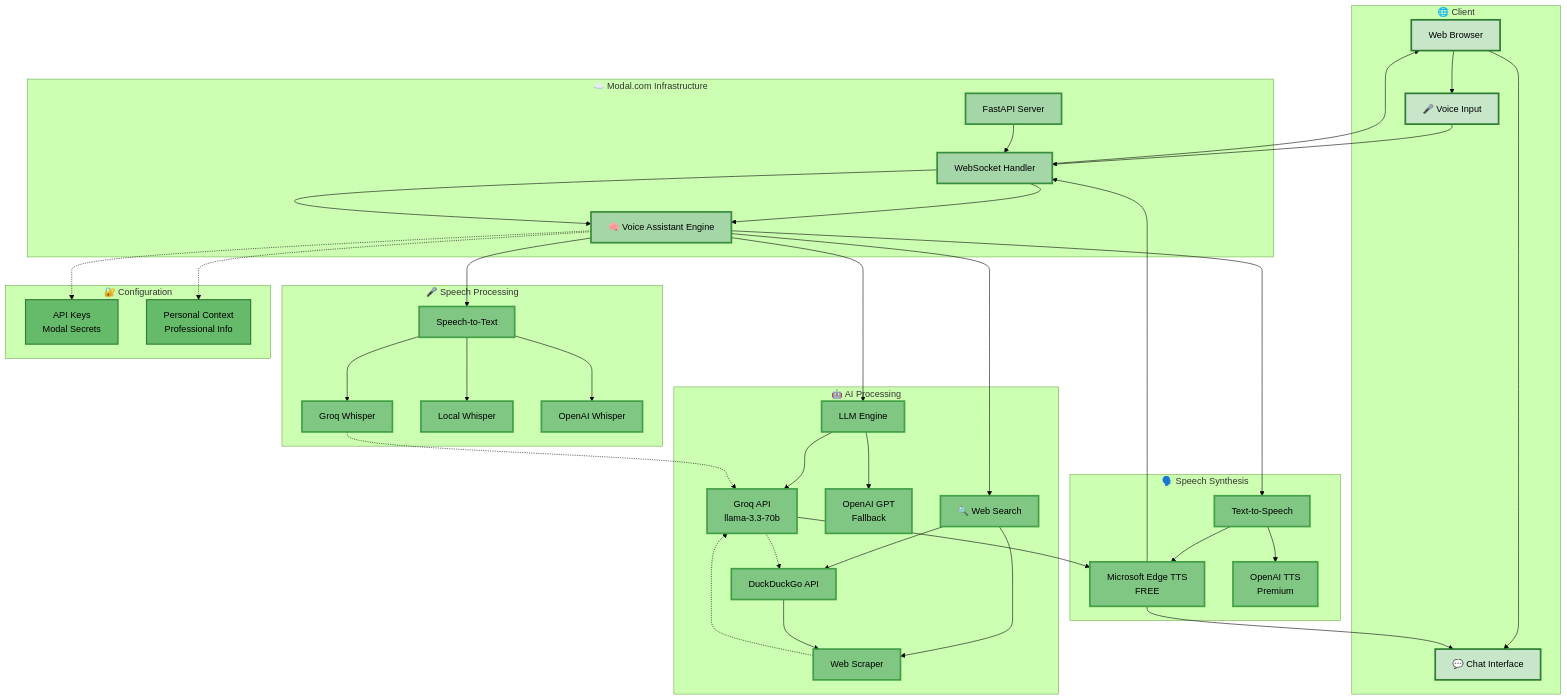
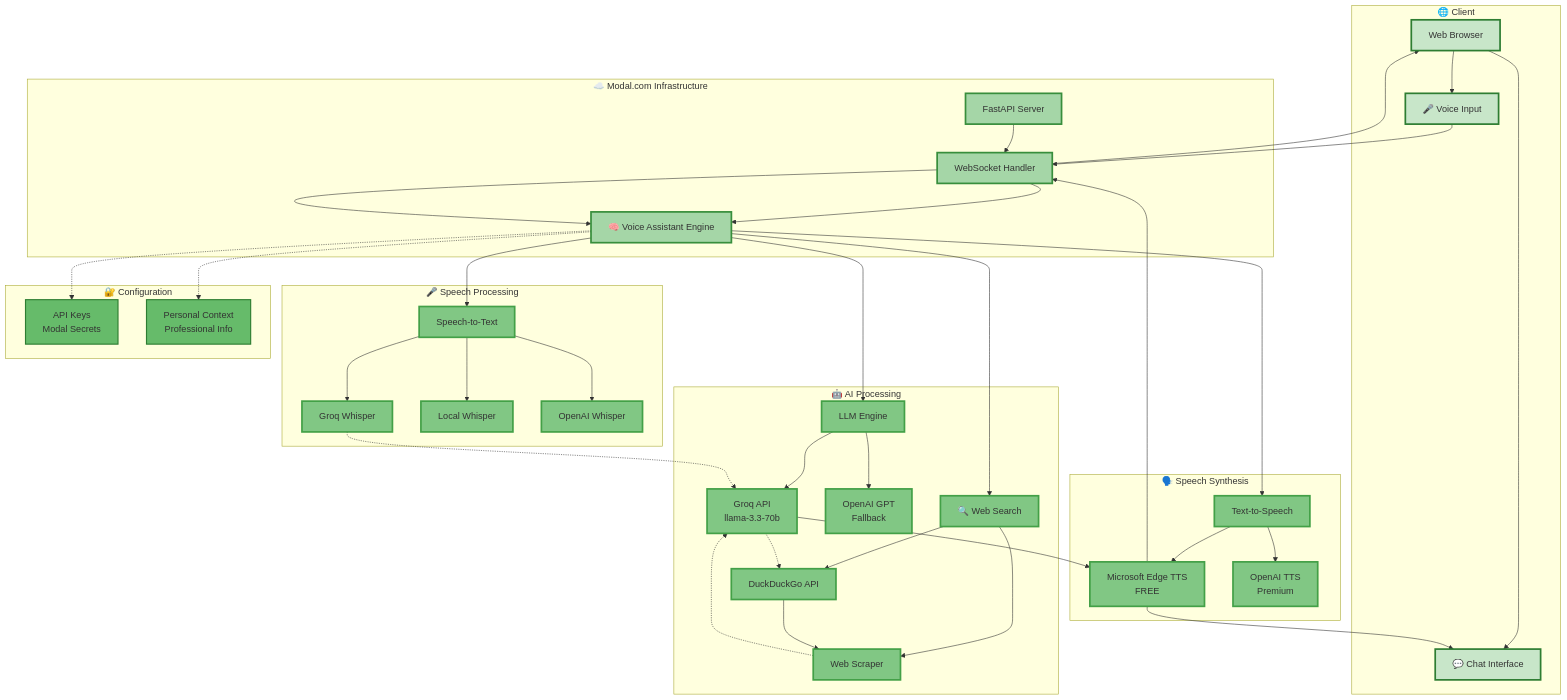
One commit to Mohan-this-side/Jackie-Personal-AI-Voice-Assistant changed the diagram in README.md. Above: the diagram before and after it, drawn with Mermaid.

Commit message:
adding cleaner flowchart

````diff
--- a/README.md
+++ b/README.md
@@ -20,72 +20,74 @@
 ```mermaid
-%%{init: {'theme':'forest'}}%%
+%%{init: {theme: 'forest',
+  layout: 'elk',
+  look: 'neo'}}%%
 flowchart TD
     subgraph "🌐 Client"
         A[Web Browser] --> B[🎤 Voice Input]
         A --> C[💬 Chat Interface]
     end
     
     subgraph "☁️ Modal.com Infrastructure"
         D[FastAPI Server] --> E[WebSocket Handler]
         E --> F[🧠 Voice Assistant Engine]
     end
     
     subgraph "🎤 Speech Processing"
         F --> G[Speech-to-Text]
         G --> G1[Groq Whisper]
         G --> G2[Local Whisper]
         G --> G3[OpenAI Whisper]
     end
     
     subgraph "🤖 AI Processing"
         F --> H[LLM Engine]
         H --> H1[Groq API<br/>llama-3.3-70b]
         H --> H2[OpenAI GPT<br/>Fallback]
         
         F --> I[🔍 Web Search]
         I --> I1[DuckDuckGo API]
         I --> I2[Web Scraper]
     end
     
     subgraph "🗣️ Speech Synthesis"
         F --> J[Text-to-Speech]
         J --> J1[Microsoft Edge TTS<br/>FREE]
         J --> J2[OpenAI TTS<br/>Premium]
     end
     
     subgraph "🔐 Configuration"
         K[API Keys<br/>Modal Secrets]
         L[Personal Context<br/>Professional Info]
     end
     
     %% Data Flow
     B --> E
     E --> F
     G1 -.-> H1
     H1 --> J1
     J1 --> C
     
     %% Search Flow
     H1 -.-> I1
     I1 --> I2
     I2 -.-> H1
     
     %% Configuration
     F -.-> K
     F -.-> L
     
     %% Response Path
     J1 --> E
     E --> A
     
     %% Styling with forest theme colors
     classDef client fill:#c8e6c9,stroke:#2e7d32,stroke-width:3px
     classDef modal fill:#a5d6a7,stroke:#388e3c,stroke-width:3px
     classDef ai fill:#81c784,stroke:#43a047,stroke-width:3px
     classDef config fill:#66bb6a,stroke:#2e7d32,stroke-width:2px
     
     class A,B,C client
     class D,E,F modal
     class G,G1,G2,G3,H,H1,H2,I,I1,I2,J,J1,J2 ai
     class K,L config
 ```
````
